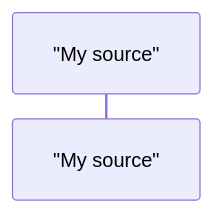
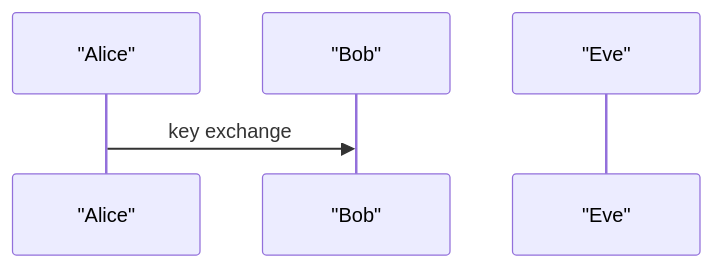
Before and after one commit to perpetualbits/clean-web-economy: the second of 5 diagrams in clean_web_economy_technical_architecture_blueprint.md, drawn with Mermaid. The commit also changed other lines of this file, not shown here.

Commit message:
Fixed errors in mermaid syntax

````diff
--- a/clean_web_economy_technical_architecture_blueprint.md
+++ b/clean_web_economy_technical_architecture_blueprint.md
@@ -60,7 +60,8 @@
 ```mermaid
 sequenceDiagram
-  participant Source as "My source"
-#  participant Target as "Target+acquired"
+  participant A as "Alice"
+  participant B as "Bob"
+  participant E as "Eve"
   
-#  Source->>Target: some target
+  A->>B: key exchange
 ```
````
